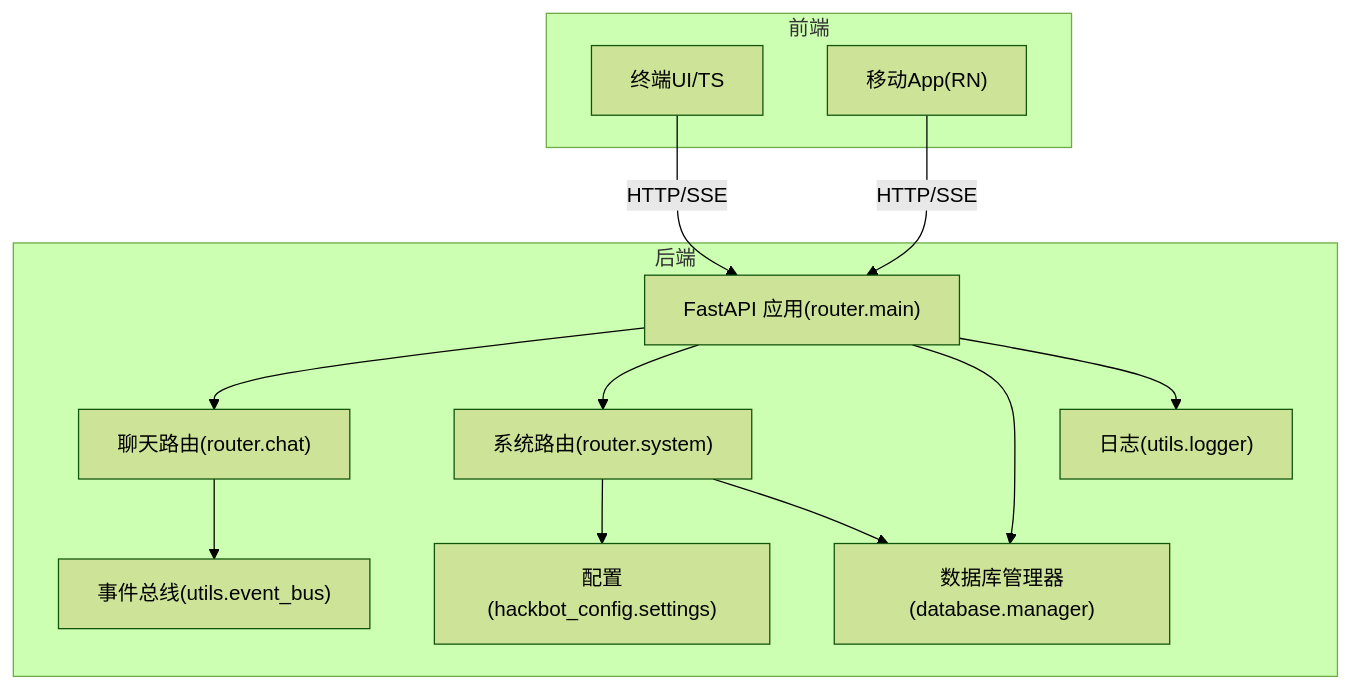
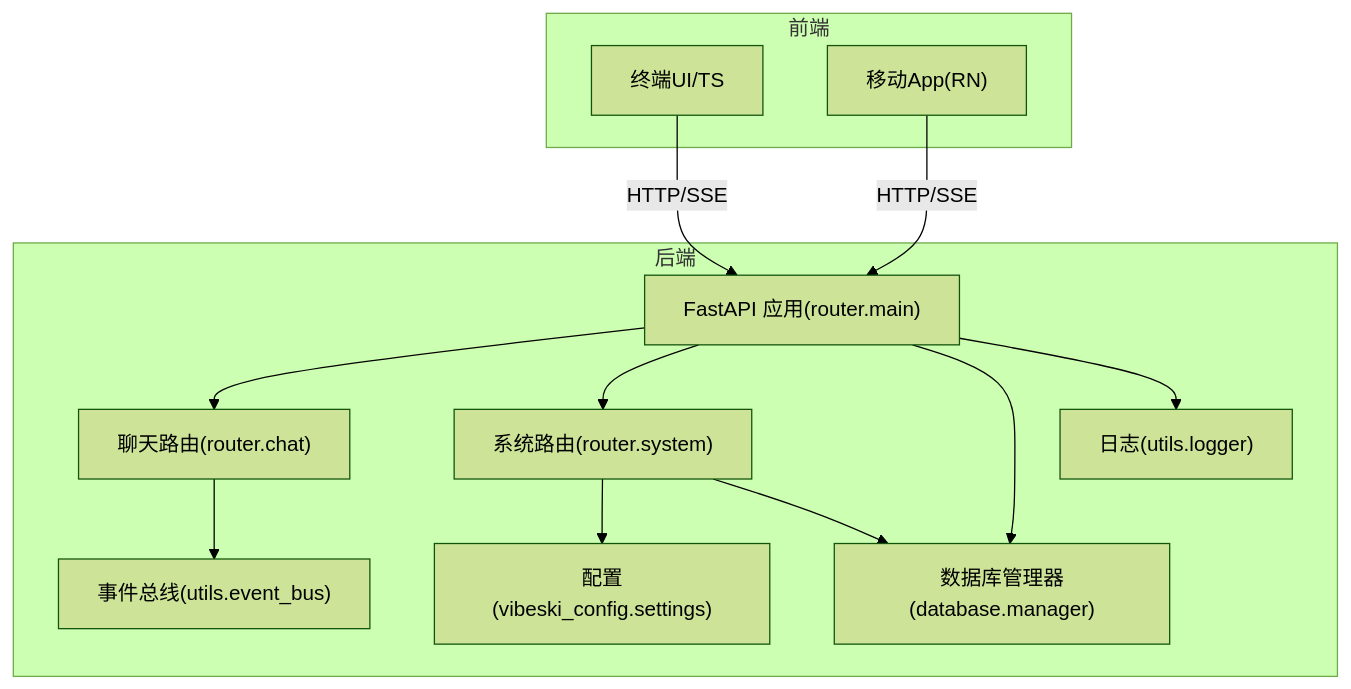
Before and after one commit to crabin/VIBESKI: the first of 8 diagrams in .qoder/repowiki/zh/content/部署与运维/运维维护与故障排除.md, drawn with Mermaid (forest theme). The commit also changed other lines of this file and 170 other files, not shown here.

Commit message:
chore: rename all secbot/hackbot identifiers to vibeski

````diff
--- a/.qoder/repowiki/zh/content/部署与运维/运维维护与故障排除.md
+++ b/.qoder/repowiki/zh/content/部署与运维/运维维护与故障排除.md
@@ -40,25 +40,25 @@
 ```mermaid
 graph TB
 subgraph "前端"
 TUI["终端UI/TS"]
 RN["移动App(RN)"]
 end
 subgraph "后端"
 API["FastAPI 应用(router.main)"]
 Chat["聊天路由(router.chat)"]
 Sys["系统路由(router.system)"]
 DBM["数据库管理器(database.manager)"]
 EB["事件总线(utils.event_bus)"]
 LOG["日志(utils.logger)"]
-CFG["配置(hackbot_config.settings)"]
+CFG["配置(vibeski_config.settings)"]
 end
 TUI --> |"HTTP/SSE"| API
 RN --> |"HTTP/SSE"| API
 API --> Chat
 API --> Sys
 Chat --> EB
 Sys --> CFG
 Sys --> DBM
 API --> DBM
 API --> LOG
 ```
````
